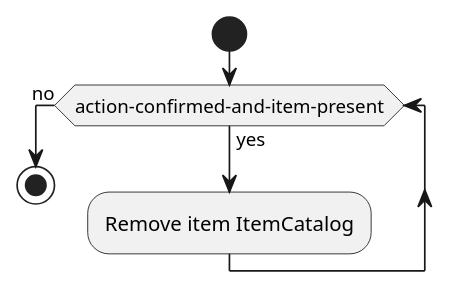
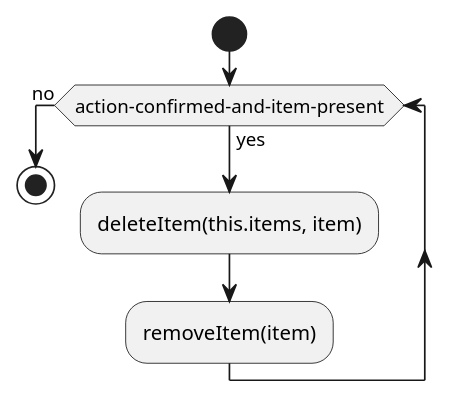
One commit to remyben-creator/Marketplace-Application changed the diagram in IntelliJ/Doc/use-cases/subfunctions/delete-item-subfunc.md. Above: the diagram before and after it, drawn with PlantUML. The commit also changed 7 other files, not shown here.

Commit message:
use case diagrams finalized

````diff
--- a/IntelliJ/Doc/use-cases/subfunctions/delete-item-subfunc.md
+++ b/IntelliJ/Doc/use-cases/subfunctions/delete-item-subfunc.md
@@ -1,9 +1,10 @@
 ```plantuml
 |System|
 start
 while (action-confirmed-and-item-present) is (yes)
-:Remove item ItemCatalog;
+:deleteItem(this.items, item);
+:removeItem(item);
 endwhile(no)
 Stop
 @enduml
 ```
````
